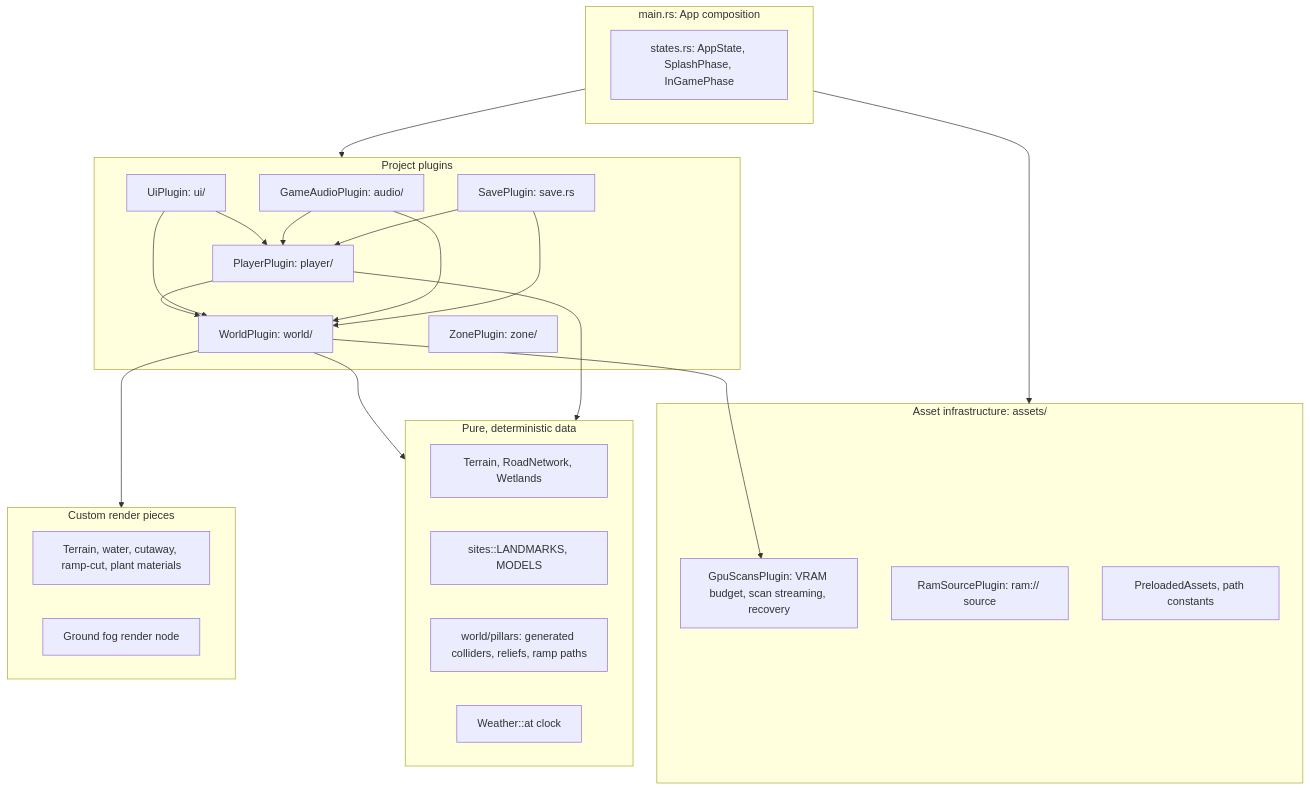
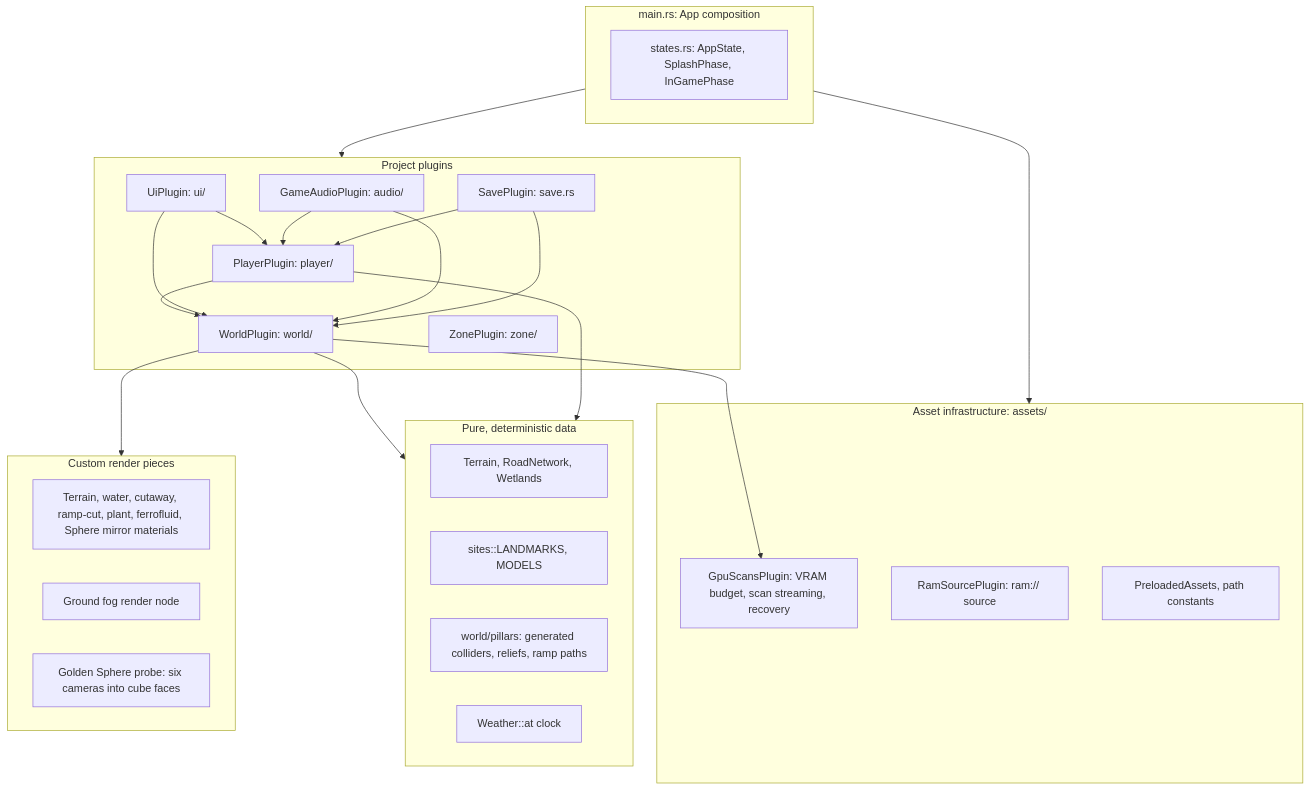
The first of 28 diagrams in arch-readme-detailed.md (bemcho/roadside-picnic-overwatch), drawn with Mermaid before and after one commit. The commit also changed other lines of this file and 6 other files, not shown here.

First line of the commit message:
golden-sphere-look: document the Golden Sphere and GPU tiers

````diff
--- a/arch-readme-detailed.md
+++ b/arch-readme-detailed.md
@@ -45,42 +45,43 @@
 ```mermaid
 flowchart TD
     subgraph APP["main.rs: App composition"]
         ST["states.rs: AppState, SplashPhase, InGamePhase"]
     end
     subgraph PLUG["Project plugins"]
         AU["GameAudioPlugin: audio/"]
         WO["WorldPlugin: world/"]
         PL["PlayerPlugin: player/"]
         ZO["ZonePlugin: zone/"]
         UI["UiPlugin: ui/"]
         SA["SavePlugin: save.rs"]
     end
     subgraph INFRA["Asset infrastructure: assets/"]
         GS["GpuScansPlugin: VRAM budget, scan streaming, recovery"]
         RS["RamSourcePlugin: ram:// source"]
         PA["PreloadedAssets, path constants"]
     end
     subgraph PURE["Pure, deterministic data"]
         TE["Terrain, RoadNetwork, Wetlands"]
         SI["sites::LANDMARKS, MODELS"]
         PI["world/pillars: generated colliders, reliefs, ramp paths"]
         WE["Weather::at clock"]
     end
     subgraph GPU["Custom render pieces"]
-        MAT["Terrain, water, cutaway, ramp-cut, plant materials"]
+        MAT["Terrain, water, cutaway, ramp-cut, plant, ferrofluid, Sphere mirror materials"]
         FOG["Ground fog render node"]
+        PRB["Golden Sphere probe: six cameras into cube faces"]
     end
     APP --> PLUG
     APP --> INFRA
     WO --> PURE
     PL --> PURE
     WO --> GPU
     WO --> GS
     PL --> WO
     UI --> WO
     UI --> PL
     AU --> WO
     AU --> PL
     SA --> WO
     SA --> PL
 ```
````
